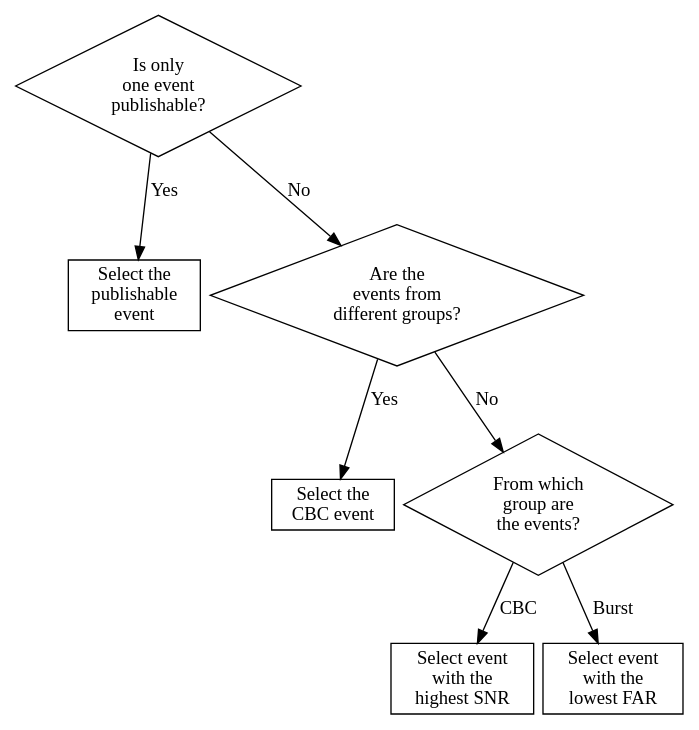
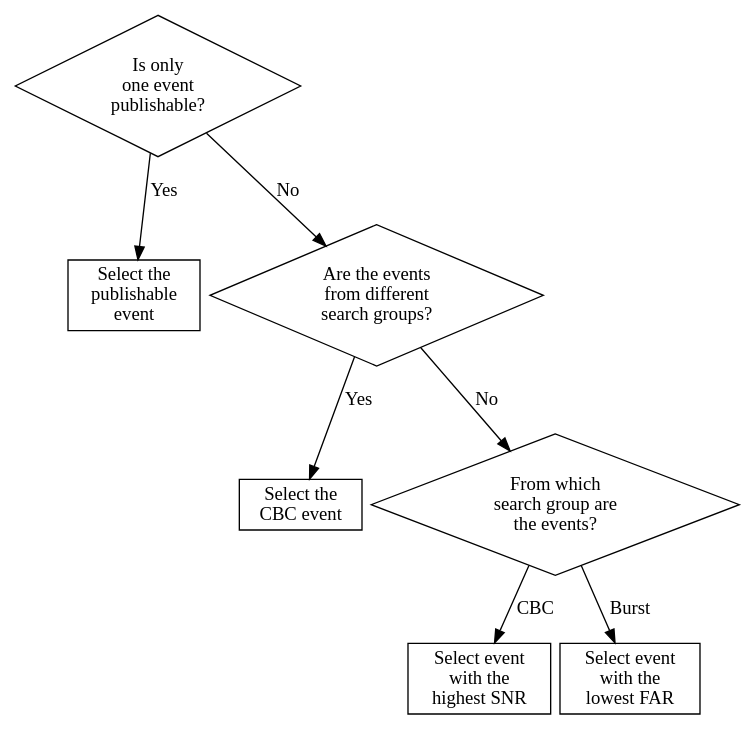
Before and after one commit to lpsinger/gwcelery: the diagram in doc/gwcelery.tasks.superevents.rst, drawn with Graphviz.

Commit message:
Group -> search group

```diff
--- a/doc/gwcelery.tasks.superevents.rst
+++ b/doc/gwcelery.tasks.superevents.rst
@@ -44,56 +44,56 @@
 .. digraph:: preferred_event
 
     compound = true
     nodesep = 0.1
     ranksep = 0.5
 
     node [
         fillcolor = white
         shape = box
         style = filled
         target = "_top"
     ]
 
     graph [
         labeljust = "left"
         style = filled
         target = "_top"
     ]
 
     should_publish_differs [
         label = "Is only\none event\npublishable?"
         shape = diamond
     ]
 
     should_publish_decides [
         label = "Select the\npublishable\nevent"
     ]
 
     group_differs [
-        label = "Are the\nevents from\ndifferent groups?"
+        label = "Are the events\nfrom different\nsearch groups?"
         shape = diamond
     ]
 
     group_decides [
         label = "Select the\nCBC event"
     ]
 
     which_group [
-        label = "From which\ngroup are\nthe events?"
+        label = "From which\nsearch group are\nthe events?"
         shape = diamond
     ]
 
     cbc_significance [
         label = "Select event\nwith the\nhighest SNR"
     ]
 
     burst_significance [
         label = "Select event\nwith the\nlowest FAR"
     ]
 
     should_publish_differs -> should_publish_decides [label = Yes]
     should_publish_differs -> group_differs [label = No]
     group_differs -> group_decides [label = Yes]
     group_differs -> which_group [label = No]
     which_group -> cbc_significance [label = CBC]
     which_group -> burst_significance [label = Burst]
```
